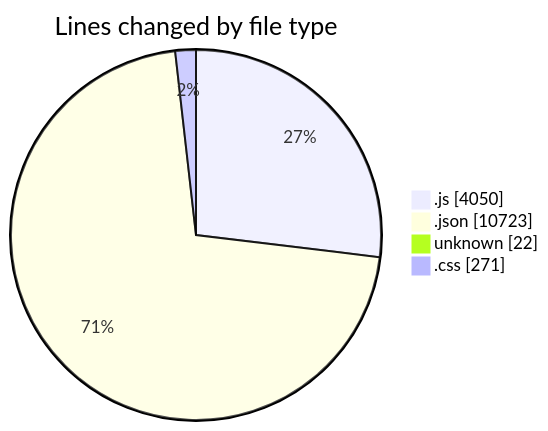
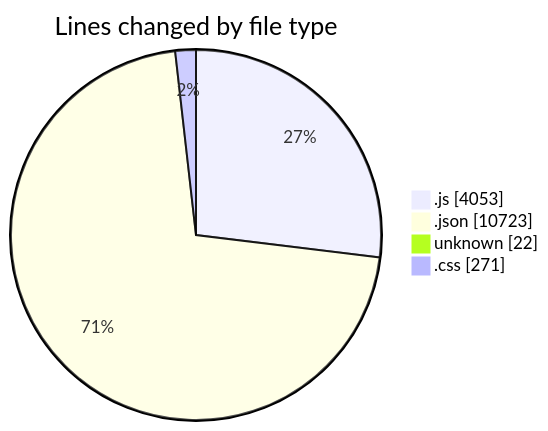
One commit to momahboobian/code-tracking changed the first of 2 diagrams in 2025-01-11/good-pr/README.md. Above: the diagram before and after it, drawn with Mermaid. The commit also changed other lines of this file and 1 other file, not shown here.

````diff
--- a/2025-01-11/good-pr/README.md
+++ b/2025-01-11/good-pr/README.md
@@ -45,8 +45,8 @@
 ```mermaid
 pie showData
 title Lines changed by file type
-".js" : 4050
+".js" : 4053
 ".json" : 10723
 "unknown" : 22
 ".css" : 271
 ```
````
